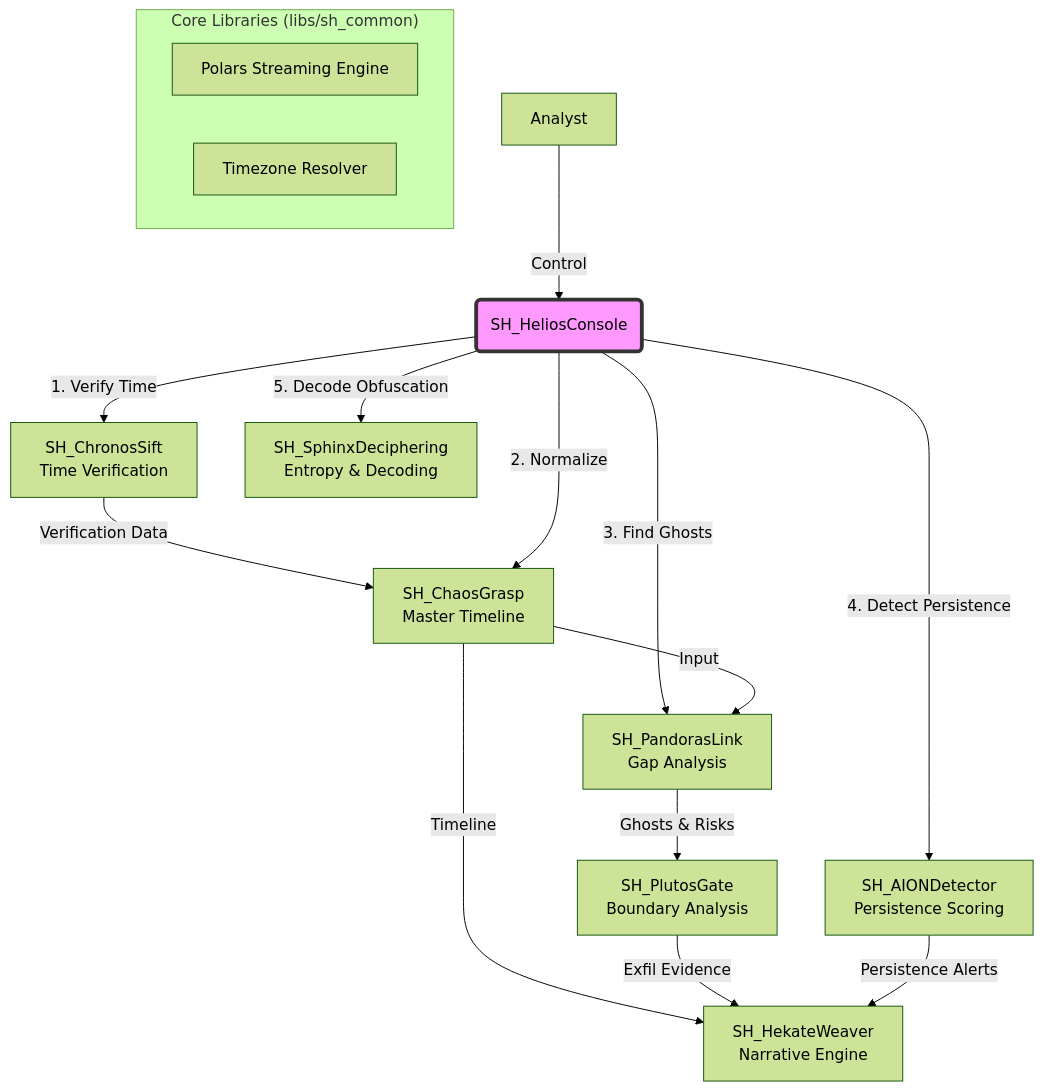
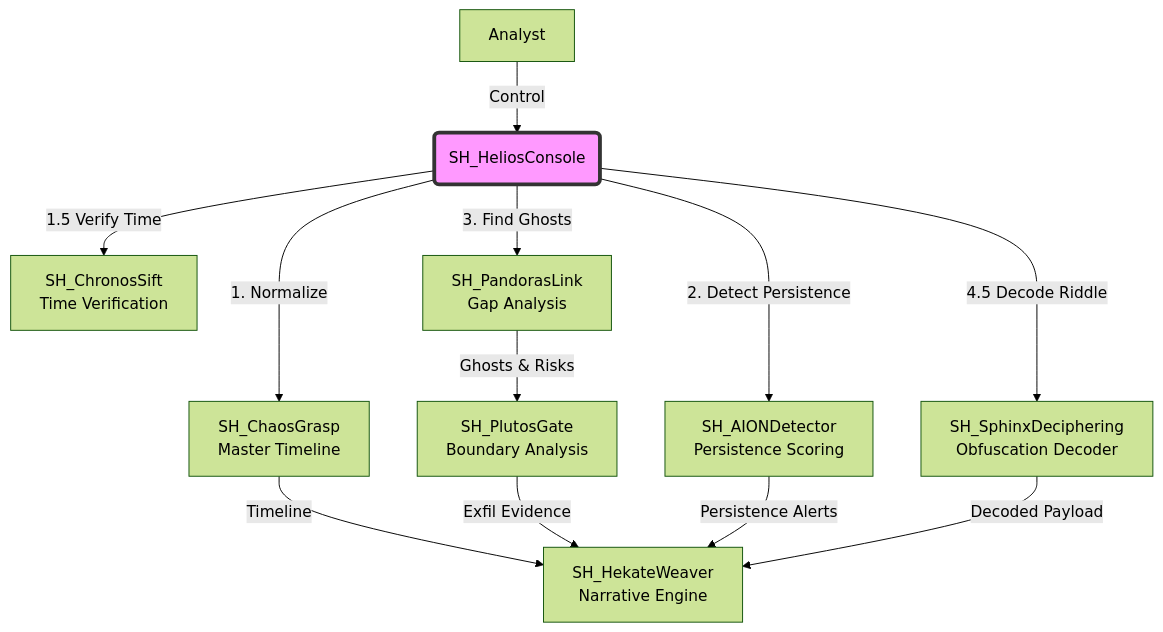
One commit to schutzz/SkiaHelios changed the diagram in README.md. Above: the diagram before and after it, drawn with Mermaid (forest theme). The commit also changed other lines of this file, not shown here.

````diff
--- a/README.md
+++ b/README.md
@@ -19,34 +24,25 @@
 ```mermaid
 graph TD
     User[Analyst] -->|Control| Helios(SH_HeliosConsole)
     
     %% Helios Console Styling
     style Helios fill:#f9f,stroke:#333,stroke-width:4px,color:black
 
     %% Phase 1: Foundation & Verification
-    Helios -->|1. Verify Time| Chronos[SH_ChronosSift<br/>Time Verification]
-    Chronos -->|Verification Data| Chaos[SH_ChaosGrasp<br/>Master Timeline]
-    Helios -->|2. Normalize| Chaos
+    Helios -->|1. Normalize| Chaos[SH_ChaosGrasp<br/>Master Timeline]
+    Helios -->|1.5 Verify Time| Chronos[SH_ChronosSift<br/>Time Verification]
     
     %% Phase 2: Deep Analysis Modules
+    Helios -->|2. Detect Persistence| AION[SH_AIONDetector<br/>Persistence Scoring]
     Helios -->|3. Find Ghosts| Pandora[SH_PandorasLink<br/>Gap Analysis]
-    Helios -->|4. Detect Persistence| AION[SH_AIONDetector<br/>Persistence Scoring]
-    Helios -->|5. Decode Obfuscation| Sphinx[SH_SphinxDeciphering<br/>Entropy & Decoding]
 
-    %% Internal Data Flow
-    Chaos -->|Input| Pandora
-    
-    %% Phase 3: Exfiltration Tracking
+    %% Phase 3: Exfiltration & Decoding
     Pandora -->|Ghosts & Risks| Plutos[SH_PlutosGate<br/>Boundary Analysis]
+    Helios -->|4.5 Decode Riddle| Sphinx[SH_SphinxDeciphering<br/>Obfuscation Decoder]
 
     %% Phase 4: Final Narrative
     Chaos -->|Timeline| Hekate[SH_HekateWeaver<br/>Narrative Engine]
     Plutos -->|Exfil Evidence| Hekate
     AION -->|Persistence Alerts| Hekate
-
-    %% Subsystems
-    subgraph "Core Libraries (libs/sh_common)"
-        PolarsEngine[Polars Streaming Engine]
-        TZ[Timezone Resolver]
-    end
+    Sphinx -->|Decoded Payload| Hekate
 ```
````
